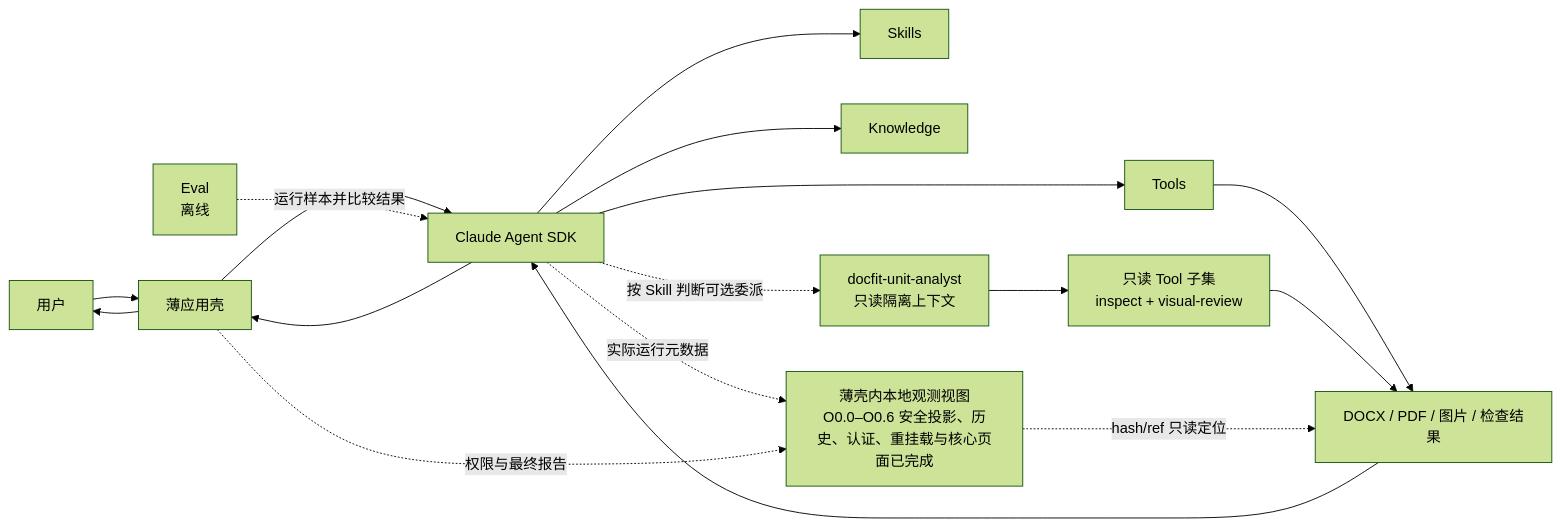
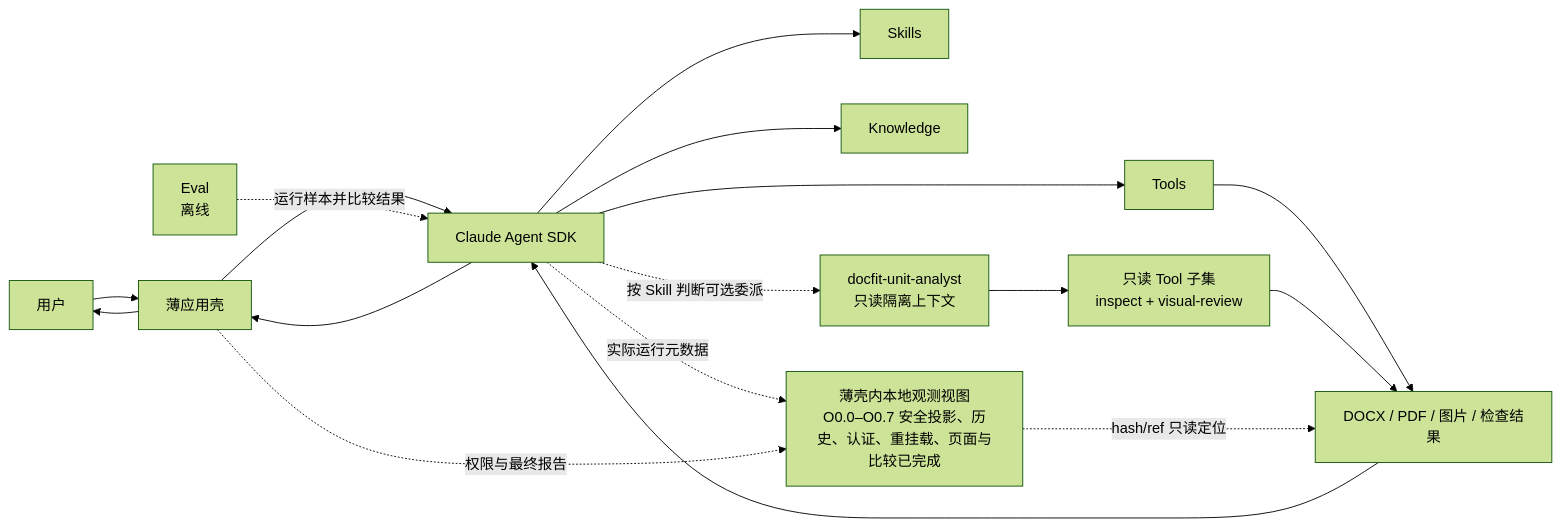
Before and after one commit to bamao88/0730: the diagram in docs/docfit-01-architecture-core.md, drawn with Mermaid (forest theme). The commit also changed other lines of this file and 11 other files, not shown here.

````diff
--- a/docs/docfit-01-architecture-core.md
+++ b/docs/docfit-01-architecture-core.md
@@ -83,19 +83,19 @@
 ```mermaid
 flowchart LR
     U["用户"] --> A["薄应用壳"]
     A --> SDK["Claude Agent SDK"]
     SDK --> S["Skills"]
     SDK --> K["Knowledge"]
     SDK --> T["Tools"]
     SDK -."按 Skill 判断可选委派".-> SA["docfit-unit-analyst<br/>只读隔离上下文"]
     SA --> RT["只读 Tool 子集<br/>inspect + visual-review"]
     T --> F["DOCX / PDF / 图片 / 检查结果"]
     RT --> F
     F --> SDK
     SDK --> A
     A --> U
-    SDK -."实际运行元数据".-> O["薄壳内本地观测视图<br/>O0.0–O0.6 安全投影、历史、认证、重挂载与核心页面已完成"]
+    SDK -."实际运行元数据".-> O["薄壳内本地观测视图<br/>O0.0–O0.7 安全投影、历史、认证、重挂载、页面与比较已完成"]
     A -."权限与最终报告".-> O
     O -."hash/ref 只读定位".-> F
     E["Eval<br/>离线"] -.运行样本并比较结果.-> SDK
 ```
````
